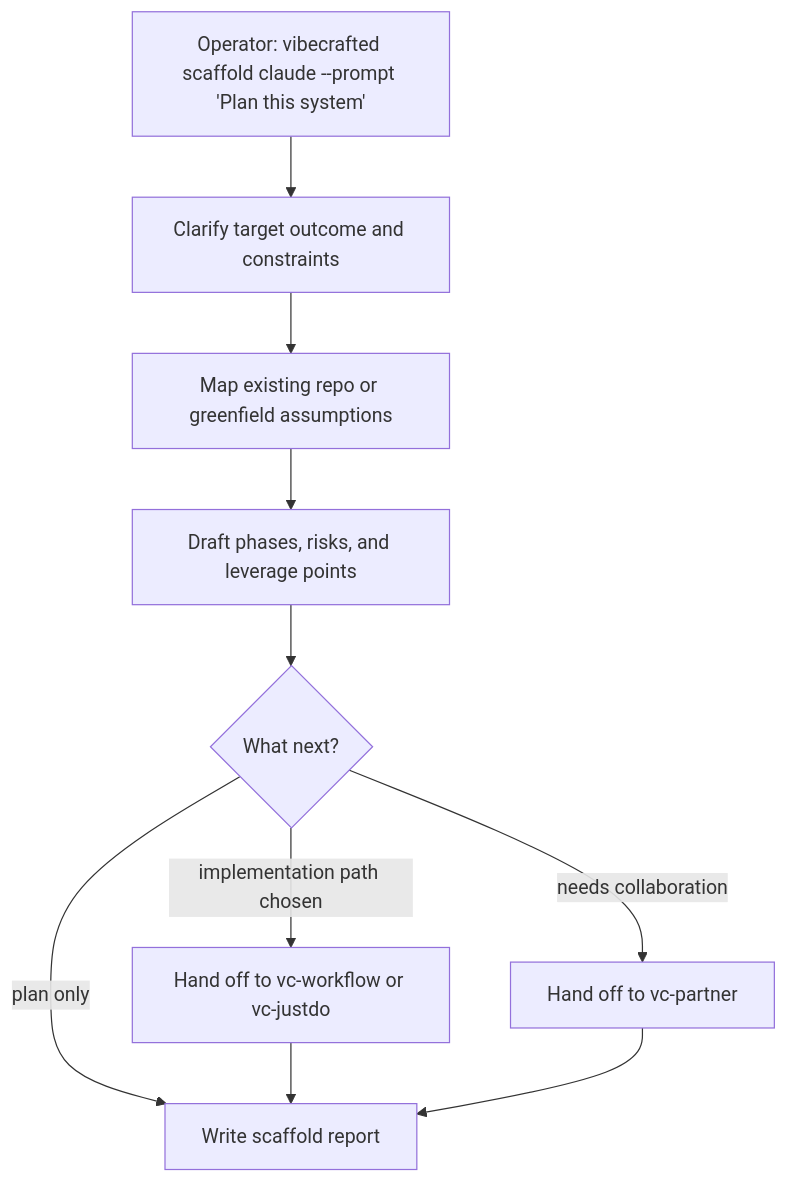
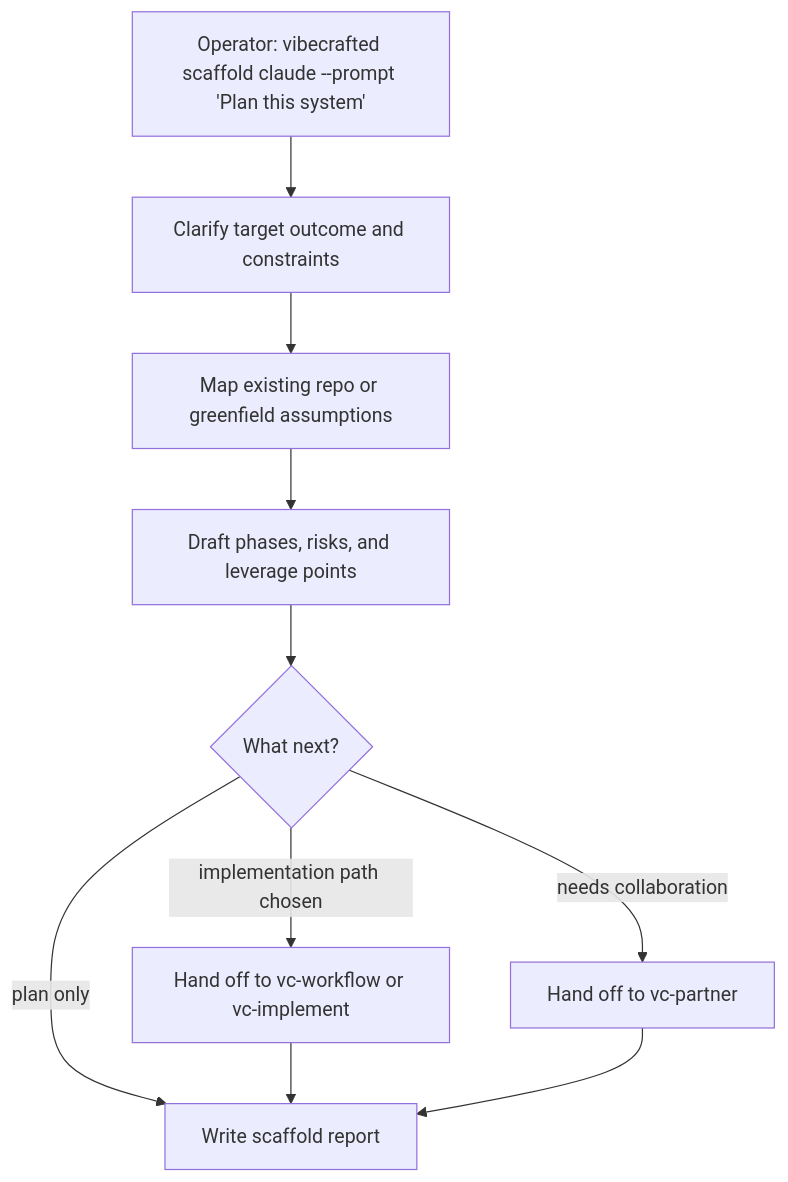
One commit to VetCoders/vibecrafted changed the diagram in skills/vc-scaffold/FLOW.md. Above: the diagram before and after it, drawn with Mermaid. The commit also changed other lines of this file and 27 other files, not shown here.

````diff
--- a/skills/vc-scaffold/FLOW.md
+++ b/skills/vc-scaffold/FLOW.md
@@ -5,12 +5,12 @@
 ```mermaid
 flowchart TD
     A[Operator: vibecrafted scaffold claude --prompt 'Plan this system'] --> B[Clarify target outcome and constraints]
     B --> C[Map existing repo or greenfield assumptions]
     C --> D[Draft phases, risks, and leverage points]
     D --> E{What next?}
-    E -->|implementation path chosen| F[Hand off to vc-workflow or vc-justdo]
+    E -->|implementation path chosen| F[Hand off to vc-workflow or vc-implement]
     E -->|needs collaboration| G[Hand off to vc-partner]
     E -->|plan only| H[Write scaffold report]
     F --> H
     G --> H
 ```
````
